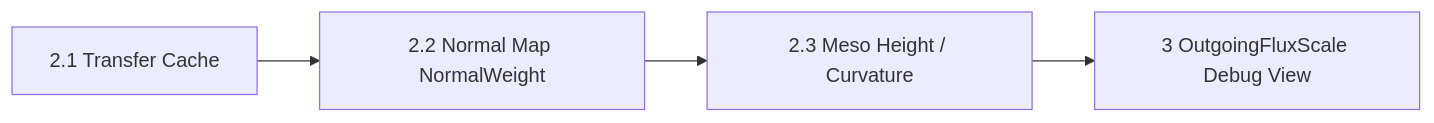
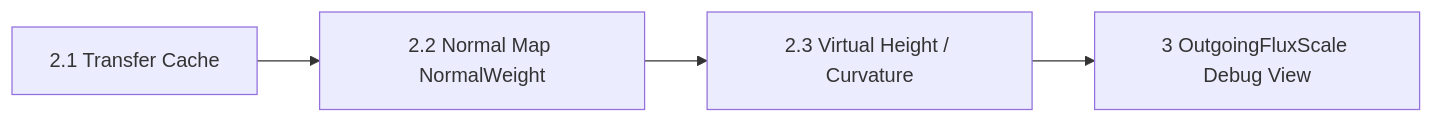
The diagram in Docs/MDSSP-Vault/03_Planning/02_Weekly-Details/Week-05/0002_02_Branch-Solver-Normal-Map-Weights.md (Yonaim/Material-Dependent-Surface-State-Engine), drawn with Mermaid before and after one commit. The commit also changed 35 other files, not shown here.

Commit message:
Docs: Virtual Meso Geometry 용어와 형상 설명 정리

````diff
--- a/Docs/MDSSP-Vault/03_Planning/02_Weekly-Details/Week-05/0002_02_Branch-Solver-Normal-Map-Weights.md
+++ b/Docs/MDSSP-Vault/03_Planning/02_Weekly-Details/Week-05/0002_02_Branch-Solver-Normal-Map-Weights.md
@@ -89,6 +89,6 @@
 ```mermaid
 flowchart LR
     Cache[2.1 Transfer Cache] --> NormalMap[2.2 Normal Map NormalWeight]
-    NormalMap --> Meso[2.3 Meso Height / Curvature]
+    NormalMap --> Meso[2.3 Virtual Height / Curvature]
     Meso --> Debug[3 OutgoingFluxScale Debug View]
 ```
````
